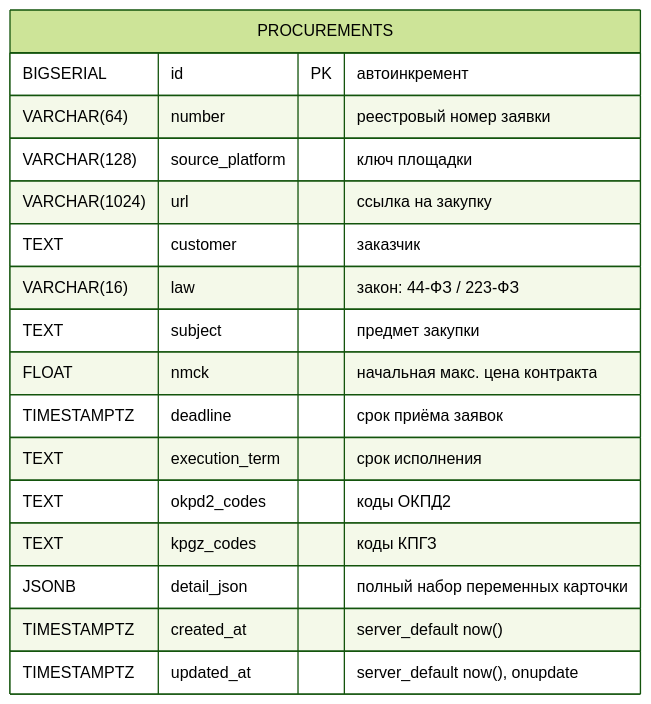
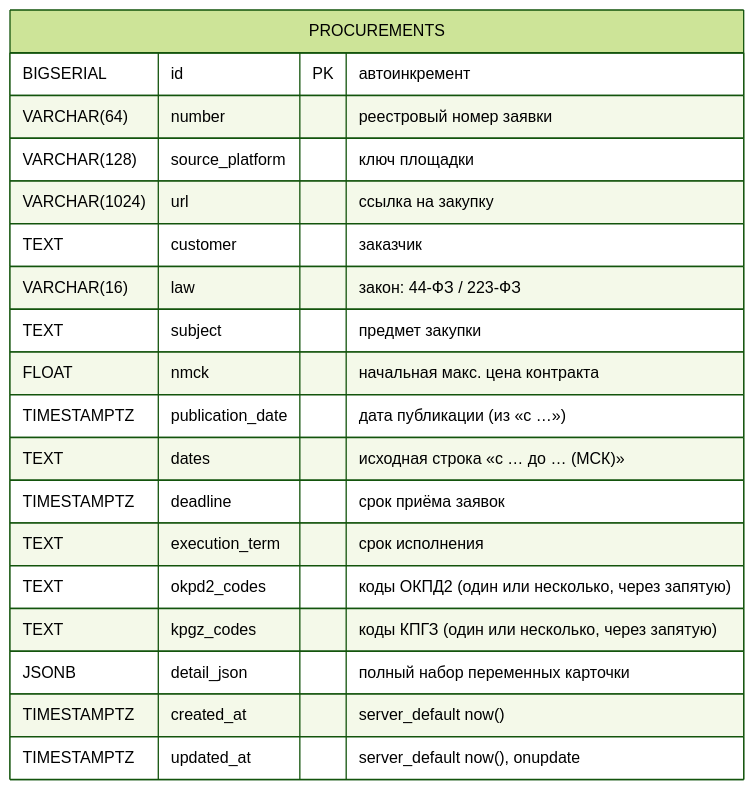
One commit to igorvolk1961/zakupki_parser changed the diagram in docs/c4/db-schema.md. Above: the diagram before and after it, drawn with Mermaid (forest theme). The commit also changed other lines of this file and 30 other files, not shown here.

First line of the commit message:
fix: корректные селекторы, дата публикации, схема БД, детали в отдельной вкладке, логирование

````diff
--- a/docs/c4/db-schema.md
+++ b/docs/c4/db-schema.md
@@ -6,24 +6,26 @@
 ```mermaid
 erDiagram
     PROCUREMENTS {
         BIGSERIAL id PK "автоинкремент"
         VARCHAR(64) number "реестровый номер заявки"
         VARCHAR(128) source_platform "ключ площадки"
         VARCHAR(1024) url "ссылка на закупку"
         TEXT customer "заказчик"
         VARCHAR(16) law "закон: 44-ФЗ / 223-ФЗ"
         TEXT subject "предмет закупки"
         FLOAT nmck "начальная макс. цена контракта"
+        TIMESTAMPTZ publication_date "дата публикации (из «с …»)"
+        TEXT dates "исходная строка «с … до … (МСК)»"
         TIMESTAMPTZ deadline "срок приёма заявок"
         TEXT execution_term "срок исполнения"
-        TEXT okpd2_codes "коды ОКПД2"
-        TEXT kpgz_codes "коды КПГЗ"
+        TEXT okpd2_codes "коды ОКПД2 (один или несколько, через запятую)"
+        TEXT kpgz_codes "коды КПГЗ (один или несколько, через запятую)"
         JSONB detail_json "полный набор переменных карточки"
         TIMESTAMPTZ created_at "server_default now()"
         TIMESTAMPTZ updated_at "server_default now(), onupdate"
     }
 
     %% Схема имеет одну таблицу. Дата последней обработанной записи
     %% НЕ хранится в БД — она получается SQL-запросом, а порог по умолчанию
     %% хранится в state-файле data/last_seen.json и конфиге config_service.yaml.
 ```
````
